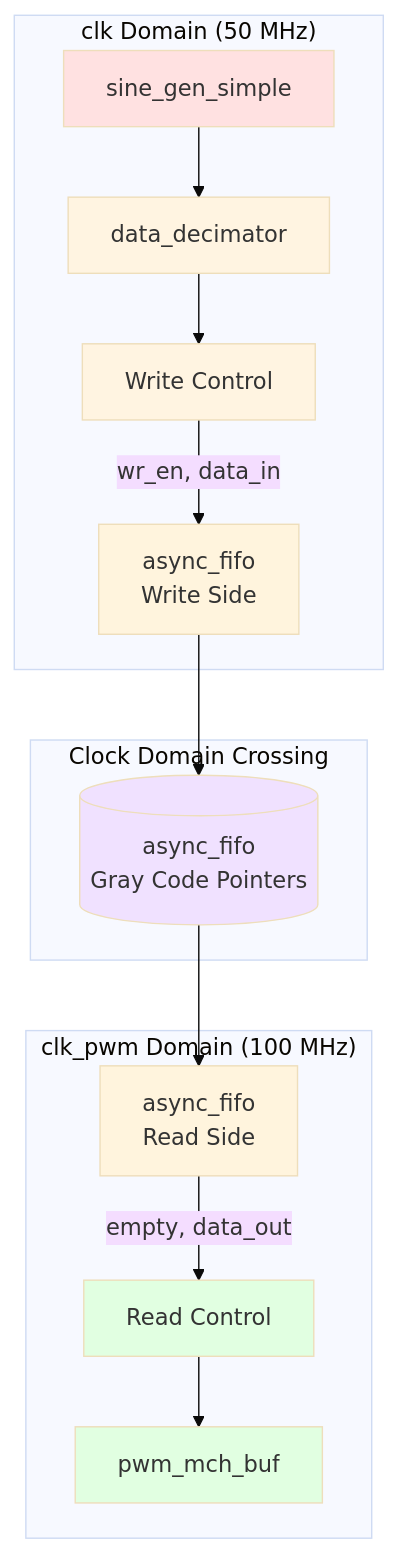
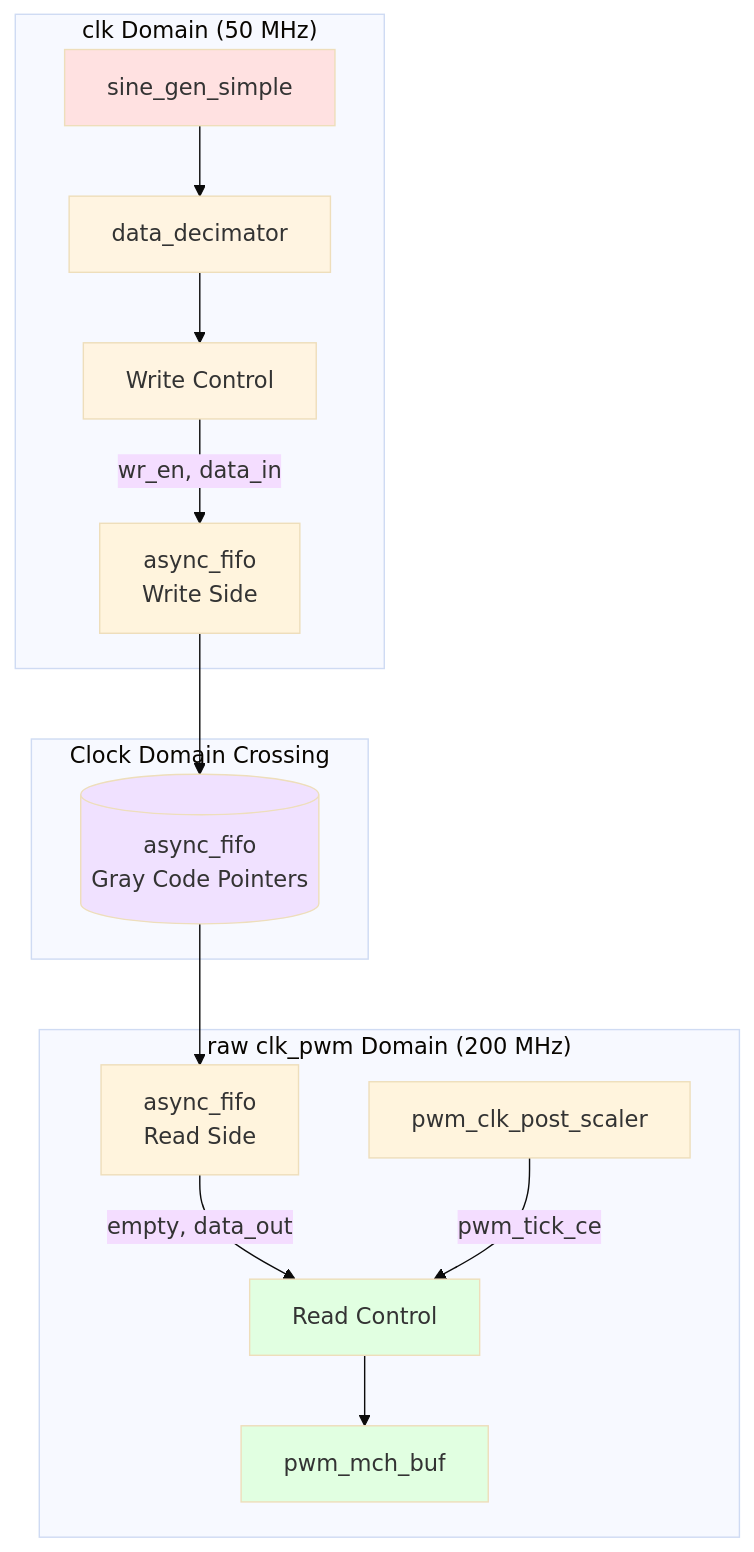
One commit to ekazakov1507/pwm_demo changed the fifth of 5 diagrams in docs/src/buffers/README.md. Above: the diagram before and after it, drawn with Mermaid (base theme). The commit also changed other lines of this file and 24 other files, not shown here.

Commit message:
Add buffered PWM clock post-scaler

````diff
--- a/docs/src/buffers/README.md
+++ b/docs/src/buffers/README.md
@@ -387,34 +387,36 @@
 ```mermaid
 graph TB
     subgraph "clk Domain (50 MHz)"
         SINE[sine_gen_simple]
         DEC[data_decimator]
         WR_CTRL[Write Control]
         FIFO_WR[async_fifo<br/>Write Side]
     end
 
     subgraph "Clock Domain Crossing"
         FIFO[(async_fifo<br/>Gray Code Pointers)]
     end
 
-    subgraph "clk_pwm Domain (100 MHz)"
+    subgraph "raw clk_pwm Domain (200 MHz)"
         FIFO_RD[async_fifo<br/>Read Side]
         RD_CTRL[Read Control]
+        DIV[pwm_clk_post_scaler]
         PWM[pwm_mch_buf]
     end
 
     SINE --> DEC
     DEC --> WR_CTRL
     WR_CTRL -->|wr_en, data_in| FIFO_WR
     FIFO_WR --> FIFO
     FIFO --> FIFO_RD
     FIFO_RD -->|empty, data_out| RD_CTRL
+    DIV -->|pwm_tick_ce| RD_CTRL
     RD_CTRL --> PWM
 
     style SINE fill:#ffe1e1
     style DEC fill:#fff4e1
     style WR_CTRL fill:#fff4e1
     style FIFO fill:#f0e1ff
     style RD_CTRL fill:#e1ffe1
     style PWM fill:#e1ffe1
 ```
````
